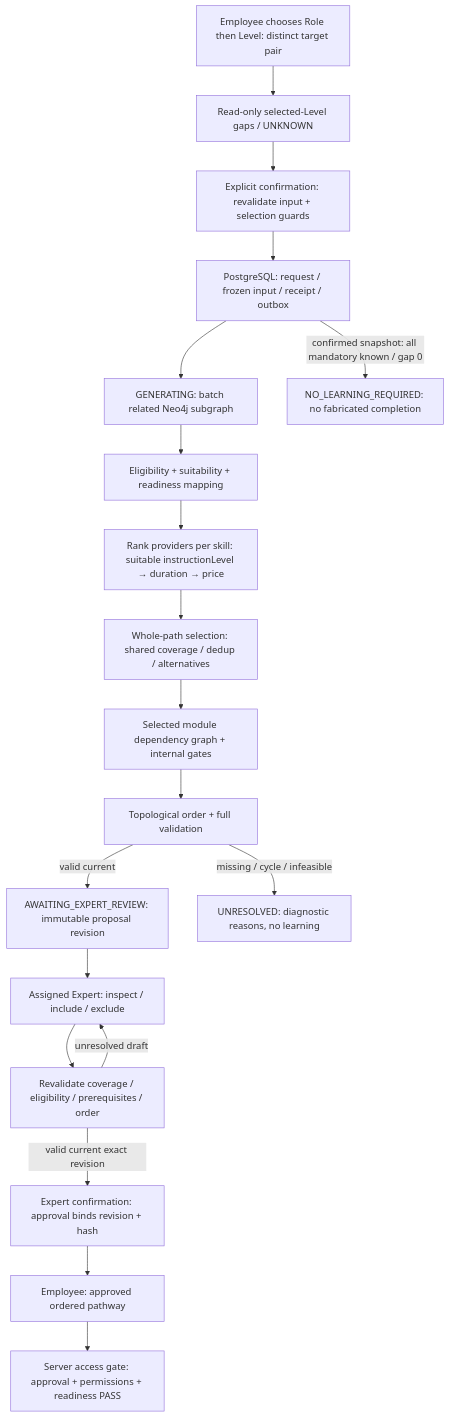
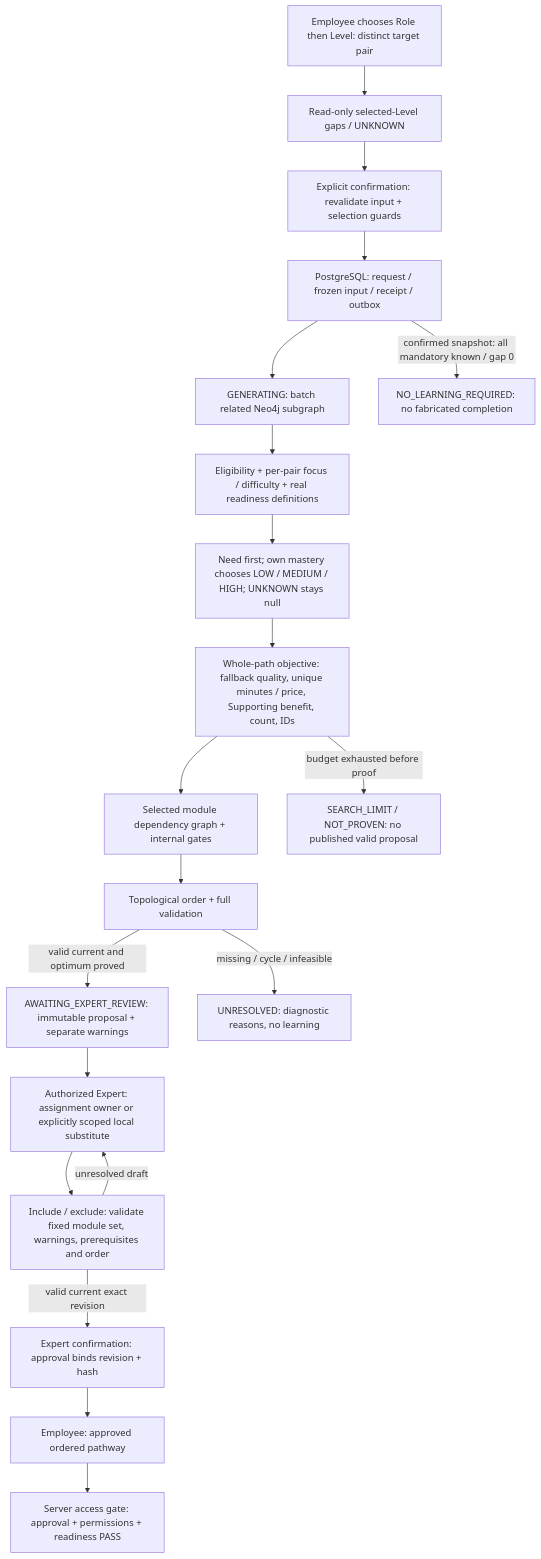
The first of 4 diagrams in documents/diagrams/gap-pathway-initial-flow.md (SEP490-Fall-2026-GFA26SE64/SEP490), drawn with Mermaid before and after one commit. The commit also changed other lines of this file and 15 other files, not shown here.

````diff
--- a/documents/diagrams/gap-pathway-initial-flow.md
+++ b/documents/diagrams/gap-pathway-initial-flow.md
@@ -7,21 +7,22 @@
 ```mermaid
 flowchart TD
     E["Employee chooses Role then Level: distinct target pair"] --> G["Read-only selected-Level gaps / UNKNOWN"]
     G --> C["Explicit confirmation: revalidate input + selection guards"]
     C --> T["PostgreSQL: request / frozen input / receipt / outbox"]
     T --> W["GENERATING: batch related Neo4j subgraph"]
-    W --> F["Eligibility + suitability + readiness mapping"]
-    F --> R["Rank providers per skill: suitable instructionLevel → duration → price"]
-    R --> S["Whole-path selection: shared coverage / dedup / alternatives"]
+    W --> F["Eligibility + per-pair focus / difficulty + real readiness definitions"]
+    F --> R["Need first; own mastery chooses LOW / MEDIUM / HIGH; UNKNOWN stays null"]
+    R --> S["Whole-path objective: fallback quality, unique minutes / price, Supporting benefit, count, IDs"]
     S --> D["Selected module dependency graph + internal gates"]
     D --> O["Topological order + full validation"]
-    O -->|valid current| P["AWAITING_EXPERT_REVIEW: immutable proposal revision"]
+    O -->|valid current and optimum proved| P["AWAITING_EXPERT_REVIEW: immutable proposal + separate warnings"]
+    S -->|budget exhausted before proof| B["SEARCH_LIMIT / NOT_PROVEN: no published valid proposal"]
     O -->|missing / cycle / infeasible| U["UNRESOLVED: diagnostic reasons, no learning"]
     T -->|confirmed snapshot: all mandatory known / gap 0| N["NO_LEARNING_REQUIRED: no fabricated completion"]
-    P --> X["Assigned Expert: inspect / include / exclude"]
-    X --> V["Revalidate coverage / eligibility / prerequisites / order"]
+    P --> X["Authorized Expert: assignment owner or explicitly scoped local substitute"]
+    X --> V["Include / exclude: validate fixed module set, warnings, prerequisites and order"]
     V -->|unresolved draft| X
     V -->|valid current exact revision| A["Expert confirmation: approval binds revision + hash"]
     A --> L["Employee: approved ordered pathway"]
     L --> K["Server access gate: approval + permissions + readiness PASS"]
 ```
````
